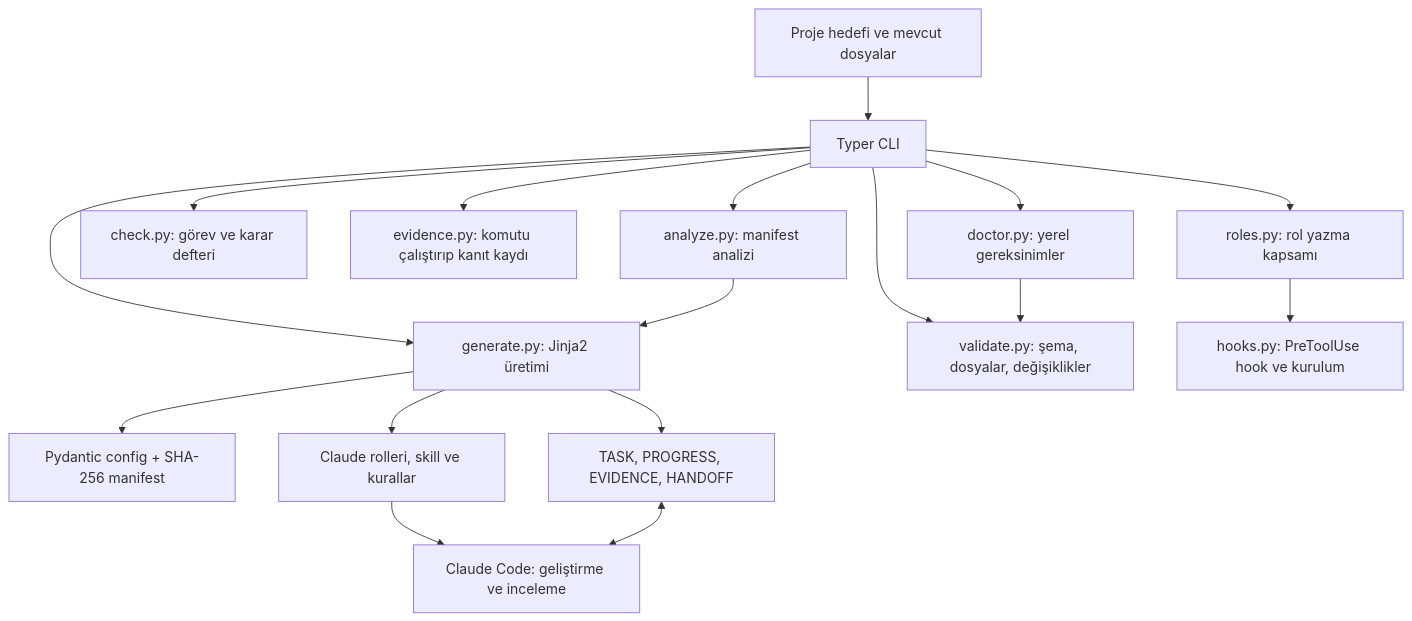
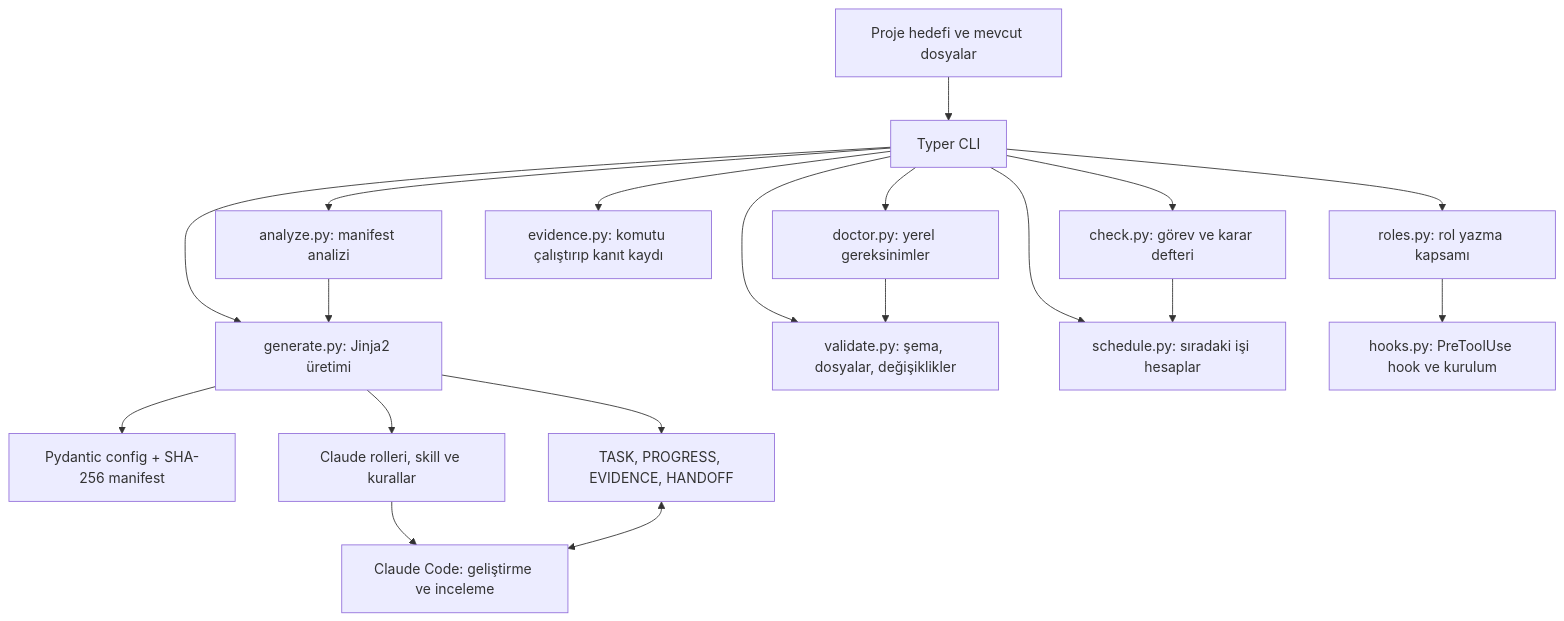
The diagram in docs/ARCHITECTURE.md (hakanngul/AgentHarnessStaterKit), drawn with Mermaid before and after one commit. The commit also changed other lines of this file and 12 other files, not shown here.

````diff
--- a/docs/ARCHITECTURE.md
+++ b/docs/ARCHITECTURE.md
@@ -3,19 +3,21 @@
 ```mermaid
 flowchart TD
   User[Proje hedefi ve mevcut dosyalar] --> CLI[Typer CLI]
   CLI --> Analyze[analyze.py: manifest analizi]
   CLI --> Generate[generate.py: Jinja2 üretimi]
   Analyze --> Generate
   Generate --> Config[Pydantic config + SHA-256 manifest]
   Generate --> Roles[Claude rolleri, skill ve kurallar]
   Generate --> Memory[TASK, PROGRESS, EVIDENCE, HANDOFF]
   CLI --> Validate[validate.py: şema, dosyalar, değişiklikler]
   CLI --> Check[check.py: görev ve karar defteri]
   CLI --> Evidence[evidence.py: komutu çalıştırıp kanıt kaydı]
+  CLI --> Schedule[schedule.py: sıradaki işi hesaplar]
+  Check --> Schedule
   CLI --> RoleScope[roles.py: rol yazma kapsamı]
   RoleScope --> Hooks[hooks.py: PreToolUse hook ve kurulum]
   CLI --> Doctor[doctor.py: yerel gereksinimler]
   Doctor --> Validate
   Roles --> Runtime[Claude Code: geliştirme ve inceleme]
   Memory <--> Runtime
 ```
````
